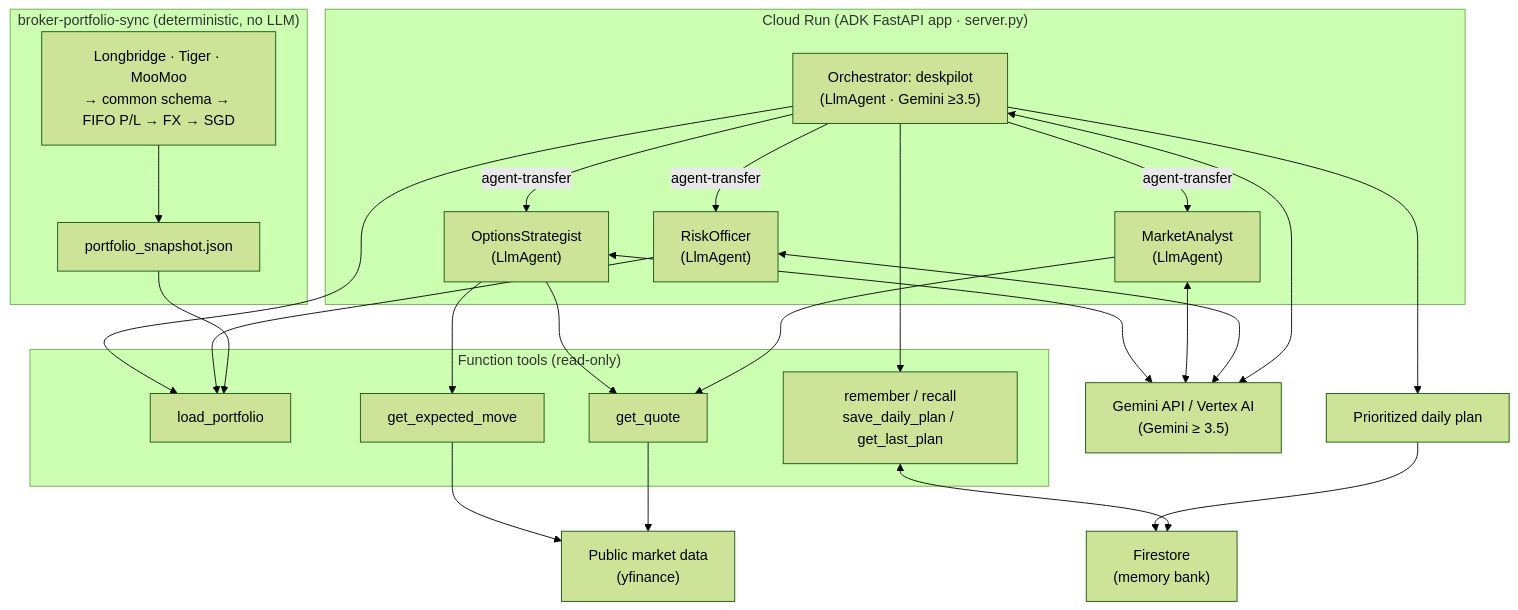
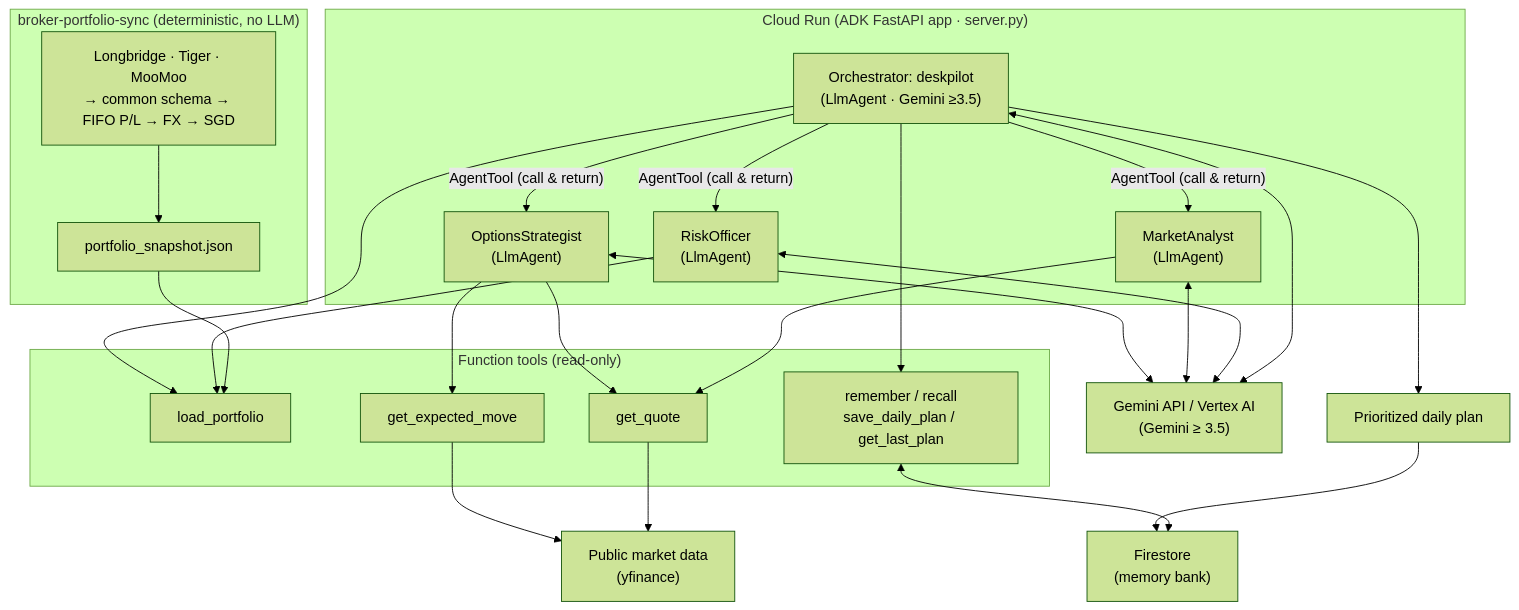
The first of 2 diagrams in docs/architecture.md (leshweyeewin/Deskpilot), drawn with Mermaid (forest theme) before and after one commit. The commit also changed other lines of this file and 2 other files, not shown here.

Commit message:
docs: submission deliverables (Devpost text, demo script) + fix stale AgentTool wording, live URL, PowerShell deploy note

````diff
--- a/docs/architecture.md
+++ b/docs/architecture.md
@@ -9,47 +9,47 @@
 ```mermaid
 flowchart TB
     subgraph Sync["broker-portfolio-sync (deterministic, no LLM)"]
         BR["Longbridge · Tiger · MooMoo<br/>→ common schema → FIFO P/L → FX → SGD"]
         SNAP["portfolio_snapshot.json"]
         BR --> SNAP
     end
 
     subgraph CR["Cloud Run (ADK FastAPI app · server.py)"]
         ORCH["Orchestrator: deskpilot<br/>(LlmAgent · Gemini ≥3.5)"]
         RISK["RiskOfficer<br/>(LlmAgent)"]
         MKT["MarketAnalyst<br/>(LlmAgent)"]
         OPT["OptionsStrategist<br/>(LlmAgent)"]
-        ORCH -- agent-transfer --> RISK
-        ORCH -- agent-transfer --> MKT
-        ORCH -- agent-transfer --> OPT
+        ORCH -- "AgentTool (call & return)" --> RISK
+        ORCH -- "AgentTool (call & return)" --> MKT
+        ORCH -- "AgentTool (call & return)" --> OPT
     end
 
     subgraph Tools["Function tools (read-only)"]
         LP["load_portfolio"]
         GQ["get_quote"]
         EM["get_expected_move"]
         MEM["remember / recall<br/>save_daily_plan / get_last_plan"]
     end
 
     GEM["Gemini API / Vertex AI<br/>(Gemini ≥ 3.5)"]
     FS["Firestore<br/>(memory bank)"]
     YF["Public market data<br/>(yfinance)"]
 
     SNAP --> LP
     RISK --> LP
     MKT --> GQ
     OPT --> GQ
     OPT --> EM
     ORCH --> LP
     ORCH --> MEM
     GQ --> YF
     EM --> YF
     MEM <--> FS
     ORCH <--> GEM
     RISK <--> GEM
     MKT <--> GEM
     OPT <--> GEM
 
     ORCH --> PLAN["Prioritized daily plan"]
     PLAN --> FS
 ```
````
